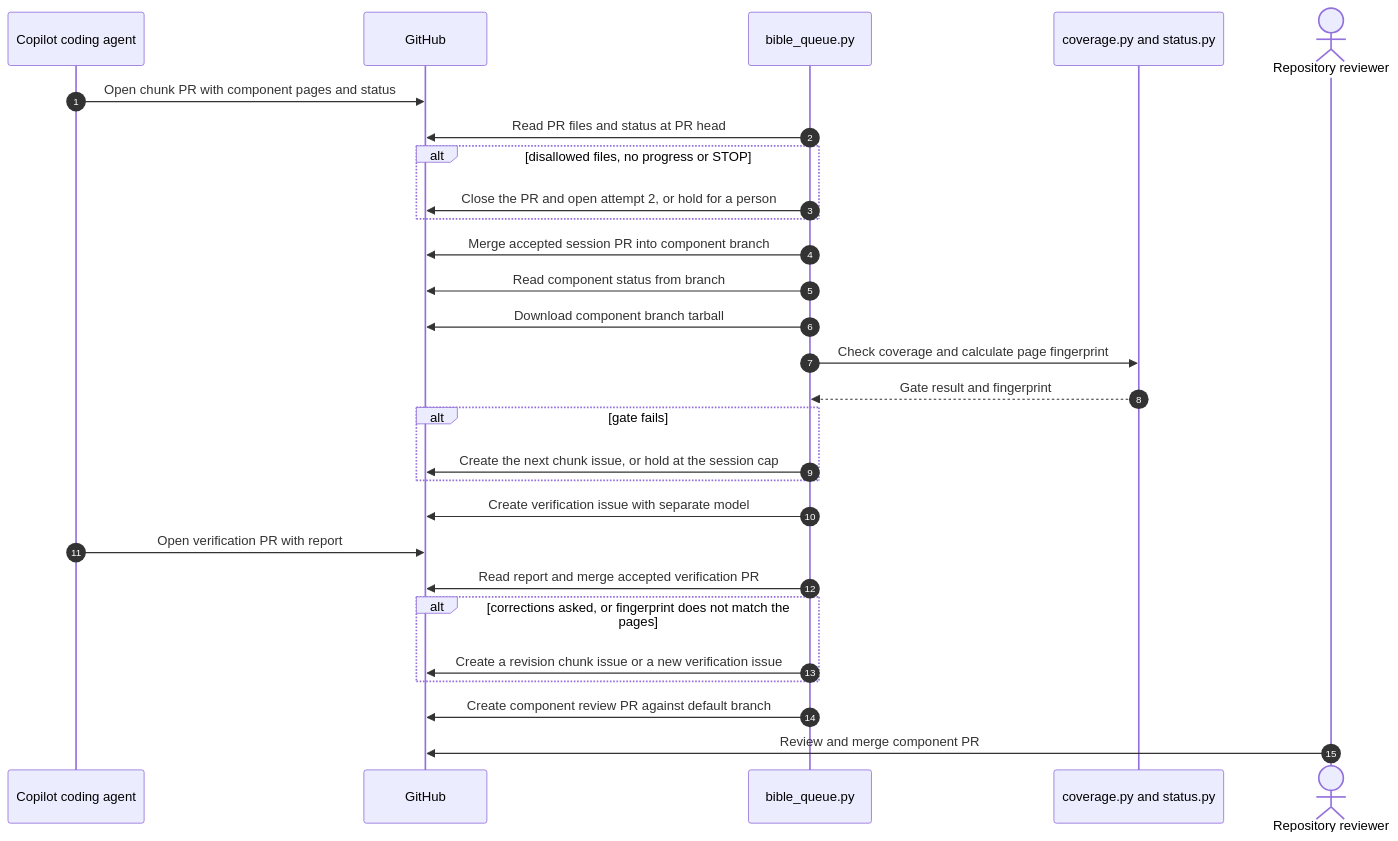
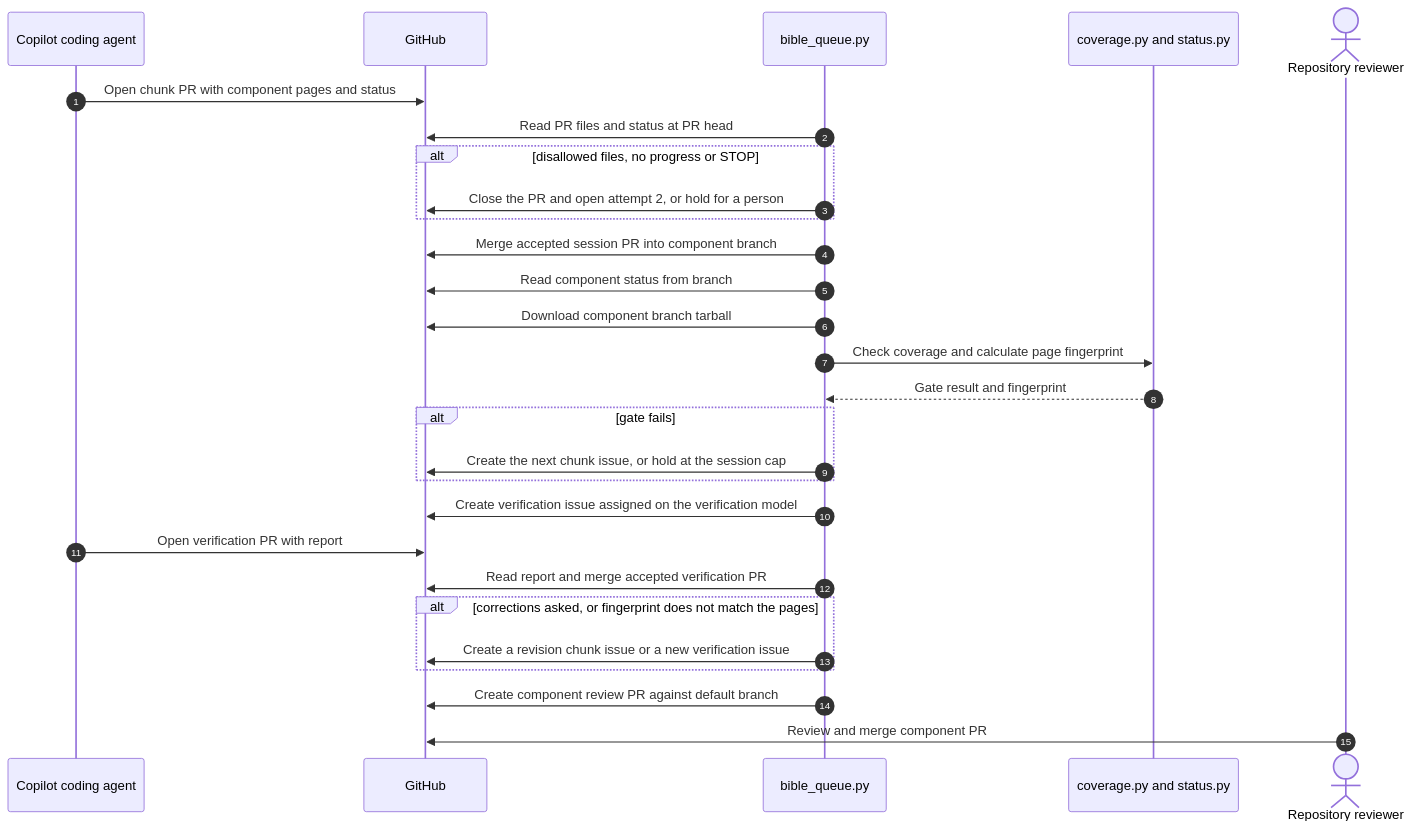
Before and after one commit to vishalc412/bible-mode-b-test: the third of 10 diagrams in codebase-analysis/hld/05-key-flows.md, drawn with Mermaid. The commit also changed other lines of this file and 32 other files, not shown here.

````diff
--- a/codebase-analysis/hld/05-key-flows.md
+++ b/codebase-analysis/hld/05-key-flows.md
@@ -116,30 +120,30 @@
 ```mermaid
 sequenceDiagram
   autonumber
   participant Agent as Copilot coding agent
   participant API as GitHub
   participant Queue as bible_queue.py
   participant Gate as coverage.py and status.py
   actor Reviewer as Repository reviewer
   Agent->>API: Open chunk PR with component pages and status
   Queue->>API: Read PR files and status at PR head
   alt disallowed files, no progress or STOP
     Queue->>API: Close the PR and open attempt 2, or hold for a person
   end
   Queue->>API: Merge accepted session PR into component branch
   Queue->>API: Read component status from branch
   Queue->>API: Download component branch tarball
   Queue->>Gate: Check coverage and calculate page fingerprint
   Gate-->>Queue: Gate result and fingerprint
   alt gate fails
     Queue->>API: Create the next chunk issue, or hold at the session cap
   end
-  Queue->>API: Create verification issue with separate model
+  Queue->>API: Create verification issue assigned on the verification model
   Agent->>API: Open verification PR with report
   Queue->>API: Read report and merge accepted verification PR
   alt corrections asked, or fingerprint does not match the pages
     Queue->>API: Create a revision chunk issue or a new verification issue
   end
   Queue->>API: Create component review PR against default branch
   Reviewer->>API: Review and merge component PR
 ```
````
